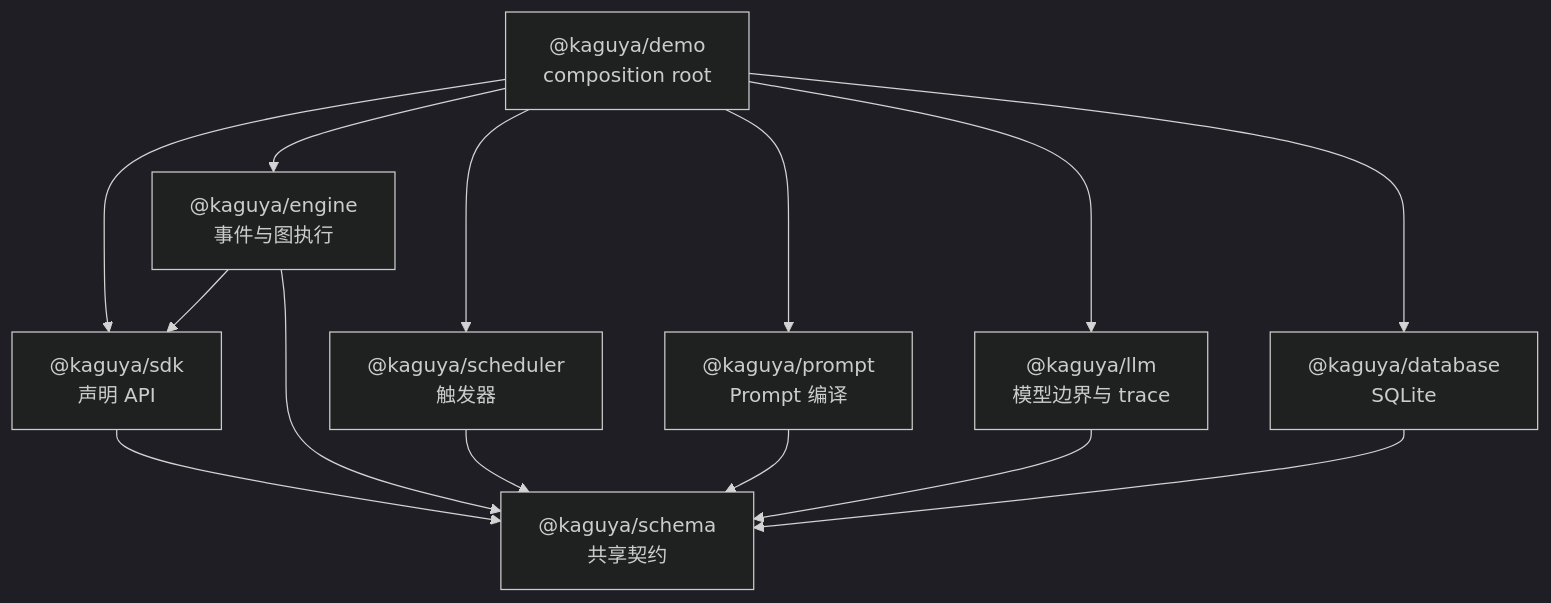
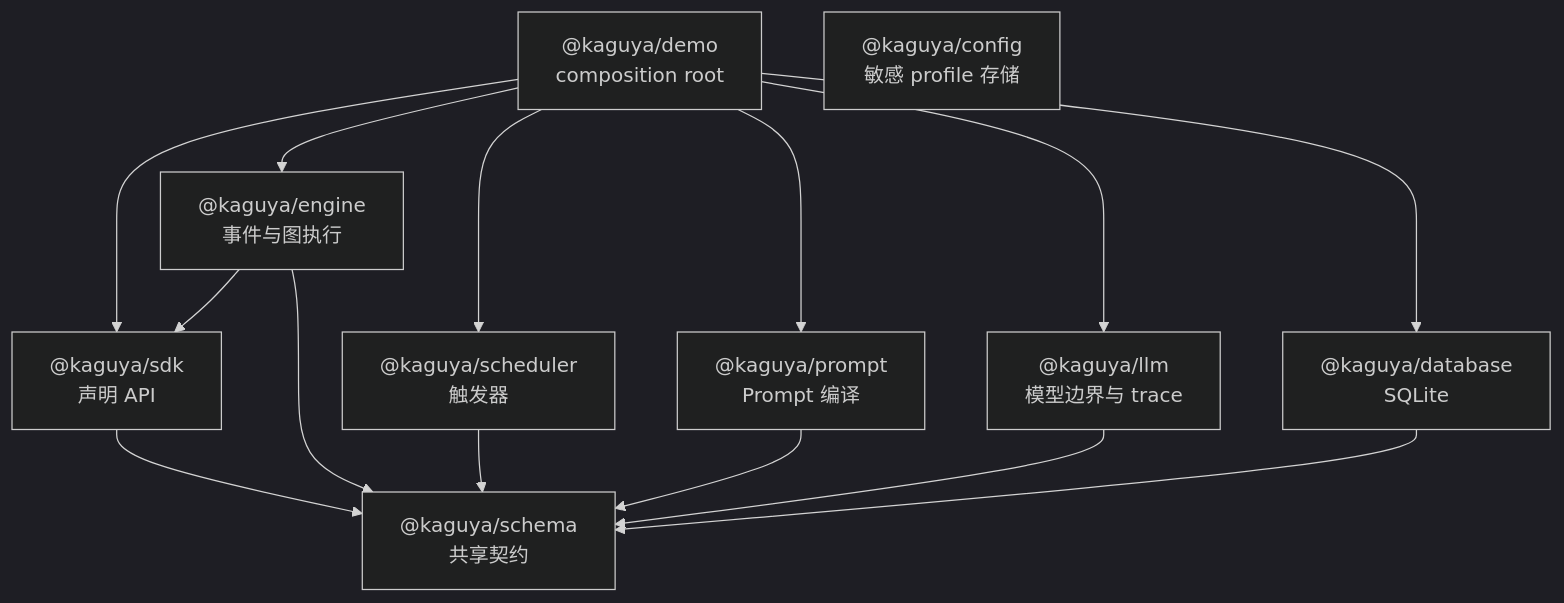
One commit to posanbu/Kaguya changed the first of 8 diagrams in docs/architecture.md. Above: the diagram before and after it, drawn with Mermaid (dark theme). The commit also changed other lines of this file and 4 other files, not shown here.

````diff
--- a/docs/architecture.md
+++ b/docs/architecture.md
@@ -23,25 +24,26 @@
 ```mermaid
 flowchart TD
   Demo["@kaguya/demo<br/>composition root"]
   Schema["@kaguya/schema<br/>共享契约"]
   SDK["@kaguya/sdk<br/>声明 API"]
   Engine["@kaguya/engine<br/>事件与图执行"]
   Scheduler["@kaguya/scheduler<br/>触发器"]
   Prompt["@kaguya/prompt<br/>Prompt 编译"]
   LLM["@kaguya/llm<br/>模型边界与 trace"]
   DB["@kaguya/database<br/>SQLite"]
+  Config["@kaguya/config<br/>敏感 profile 存储"]
 
   Demo --> SDK
   Demo --> Engine
   Demo --> Scheduler
   Demo --> Prompt
   Demo --> LLM
   Demo --> DB
   SDK --> Schema
   Engine --> SDK
   Engine --> Schema
   Scheduler --> Schema
   Prompt --> Schema
   LLM --> Schema
   DB --> Schema
 ```
````
